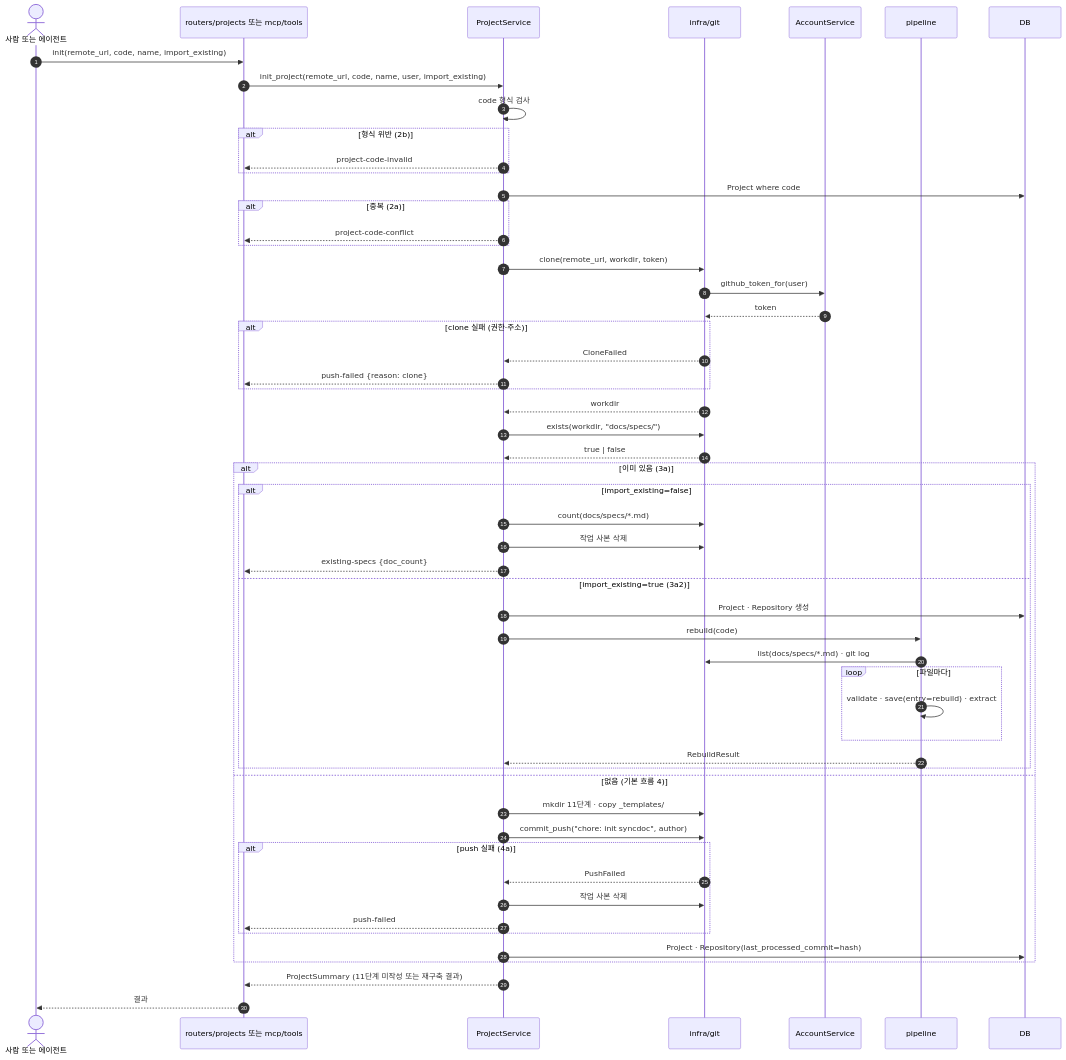
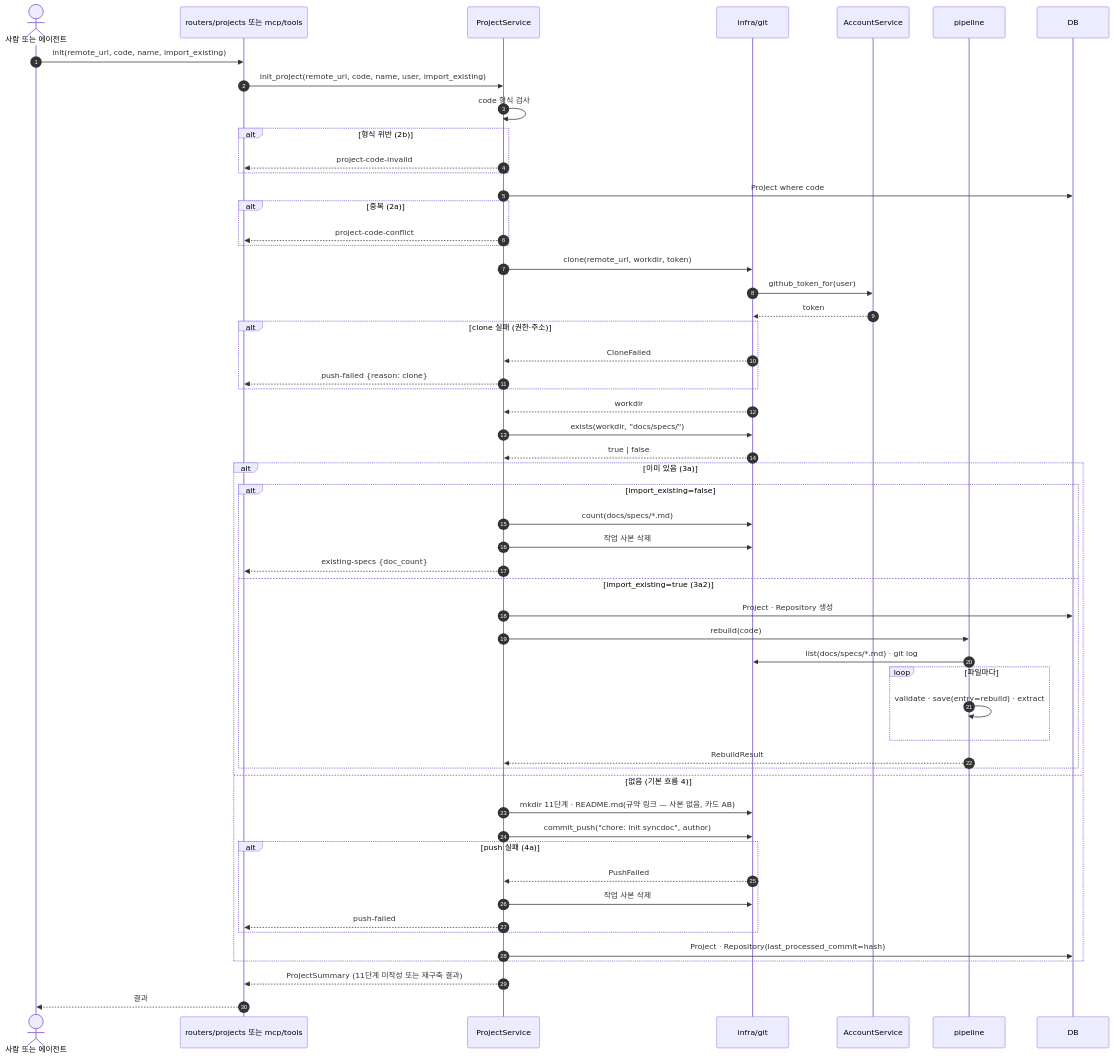
The third of 22 diagrams in docs/specs/09-SEQ/SYNC-SEQ-001.md (HoyoungParkme/syncdoc), drawn with Mermaid before and after one commit. The commit also changed other lines of this file and 24 other files, not shown here.

````diff
--- a/docs/specs/09-SEQ/SYNC-SEQ-001.md
+++ b/docs/specs/09-SEQ/SYNC-SEQ-001.md
@@ -255,59 +255,59 @@
 ```mermaid
 sequenceDiagram
     autonumber
     actor U as 사람 또는 에이전트
     participant B as routers/projects 또는 mcp/tools
     participant PS as ProjectService
     participant G as infra/git
     participant AC as AccountService
     participant P as pipeline
     participant DB
 
     U->>B: init(remote_url, code, name, import_existing)
     B->>PS: init_project(remote_url, code, name, user, import_existing)
     PS->>PS: code 형식 검사
     alt 형식 위반 (2b)
         PS-->>B: project-code-invalid
     end
     PS->>DB: Project where code
     alt 중복 (2a)
         PS-->>B: project-code-conflict
     end
     PS->>G: clone(remote_url, workdir, token)
     G->>AC: github_token_for(user)
     AC-->>G: token
     alt clone 실패 (권한·주소)
         G-->>PS: CloneFailed
         PS-->>B: push-failed {reason: clone}
     end
     G-->>PS: workdir
     PS->>G: exists(workdir, "docs/specs/")
     G-->>PS: true | false
 
     alt 이미 있음 (3a)
         alt import_existing=false
             PS->>G: count(docs/specs/*.md)
             PS->>G: 작업 사본 삭제
             PS-->>B: existing-specs {doc_count}
         else import_existing=true (3a2)
             PS->>DB: Project · Repository 생성
             PS->>P: rebuild(code)
             P->>G: list(docs/specs/*.md) · git log
             loop 파일마다
                 P->>P: validate · save(entry=rebuild) · extract
             end
             P-->>PS: RebuildResult
         end
     else 없음 (기본 흐름 4)
-        PS->>G: mkdir 11단계 · copy _templates/
+        PS->>G: mkdir 11단계 · README.md(규약 링크 — 사본 없음, 카드 AB)
         PS->>G: commit_push("chore: init syncdoc", author)
         alt push 실패 (4a)
             G-->>PS: PushFailed
             PS->>G: 작업 사본 삭제
             PS-->>B: push-failed
         end
         PS->>DB: Project · Repository(last_processed_commit=hash)
     end
     PS-->>B: ProjectSummary (11단계 미작성 또는 재구축 결과)
     B-->>U: 결과
 ```
````
